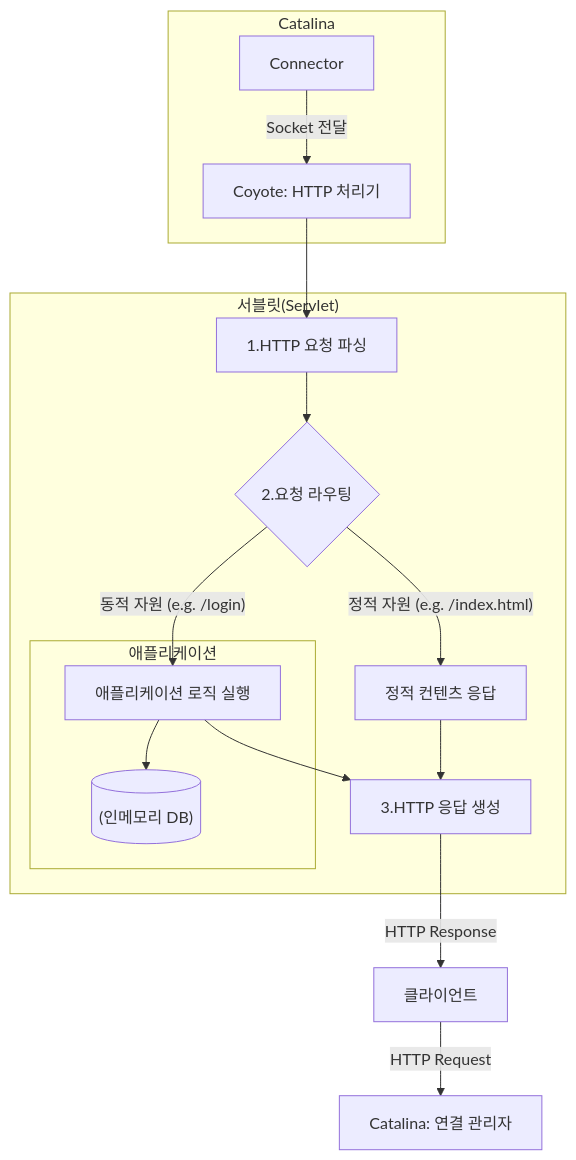
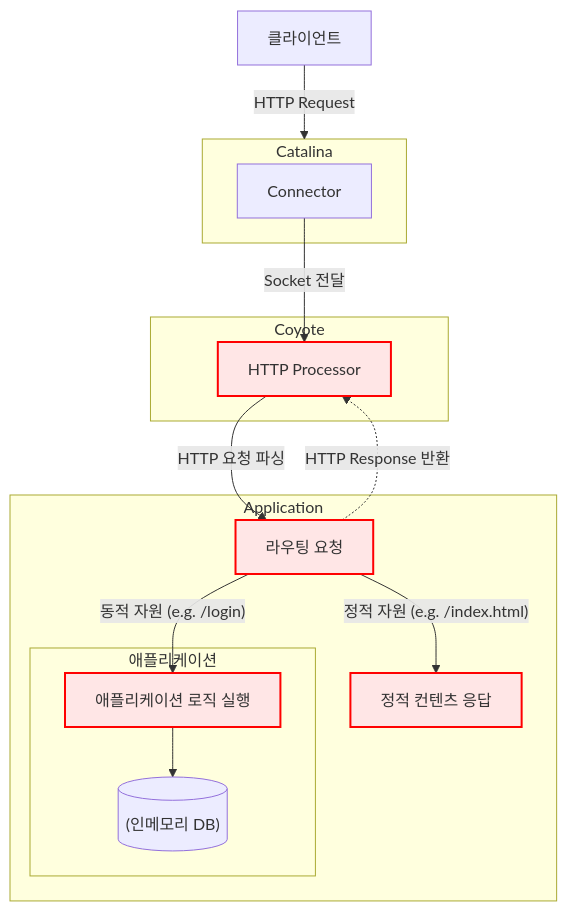
One commit to Lieslot/jwp-dashboard-http changed the diagram in README.md. Above: the diagram before and after it, drawn with Mermaid. The commit also changed other lines of this file and 29 other files, not shown here.

Commit message:
chore: add flow chart to readme and delete unnecessary file

````diff
--- a/README.md
+++ b/README.md
@@ -14,24 +14,34 @@
 ```mermaid
 graph TD
     Client[클라이언트] -- HTTP Request --> Catalina["Catalina: 연결 관리자"];
 
-    subgraph " Catalina "
-        Connector -- Socket 전달 --> Coyote["Coyote: HTTP 처리기"];
-    end
-
-    subgraph "서블릿(Servlet)"
-        Coyote --> ParseRequest["1.HTTP 요청 파싱"];
-        ParseRequest --> RouteRequest{"2.요청 라우팅"};
-        RouteRequest -- 정적 자원 (e.g. /index.html) --> StaticHandler["정적 컨텐츠 응답"];
+    subgraph "Application"
+        RouteRequest["라우팅 요청"] -- 정적 자원 (e.g. /index.html) --> StaticHandler["정적 컨텐츠 응답"];
         RouteRequest -- 동적 자원 (e.g. /login) --> AppLogic["애플리케이션 로직 실행"];
         
         subgraph "애플리케이션"
             AppLogic --> DB[("(인메모리 DB)")];
         end
 
-        StaticHandler --> GenerateResponse["3.HTTP 응답 생성"];
-        AppLogic --> GenerateResponse;
     end
 
-    GenerateResponse -- HTTP Response --> Client;
+    subgraph Coyote
+        HTTP_Processor["HTTP Processor"]
+        HTTP_Processor -- "HTTP 요청 파싱" --> RouteRequest; 
+        RouteRequest -. HTTP Response 반환 .-> HTTP_Processor
+    end
+
+    subgraph Catalina
+        Connector -- Socket 전달 --> HTTP_Processor
+    end
+
+
+    
+
+    %% 스타일 적용 (배경색, 테두리색, 글자색 등)
+
+    style HTTP_Processor fill:#ffe6e6,stroke:#ff0000,stroke-width:2px
+    style RouteRequest fill:#ffe6e6,stroke:#ff0000,stroke-width:2px
+    style AppLogic fill:#ffe6e6,stroke:#ff0000,stroke-width:2px
+    style StaticHandler fill:#ffe6e6,stroke:#ff0000,stroke-width:2px
 ```
````
